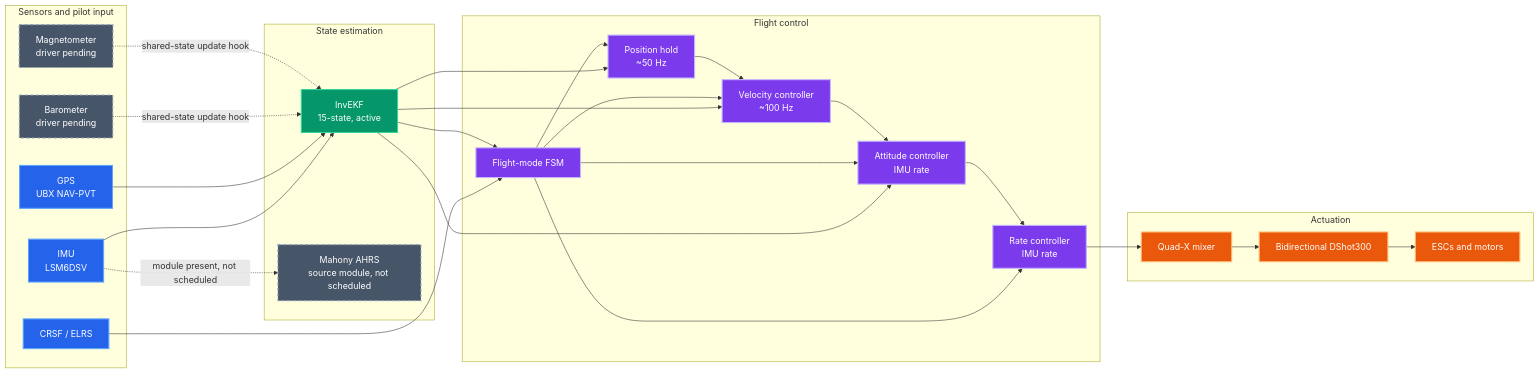
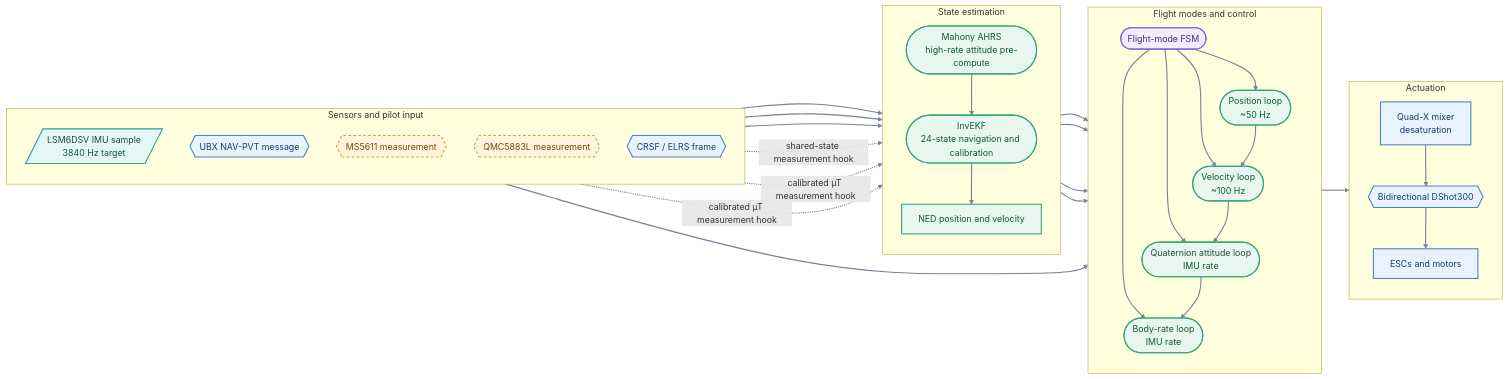
One commit to nafs09/dual-control-drone-flight-controller changed the first of 3 diagrams in README.md. Above: the diagram before and after it, drawn with Mermaid. The commit also changed other lines of this file and 20 other files, not shown here.

Commit message:
Update documentation and improve the InvEKF and other components.

````diff
--- a/README.md
+++ b/README.md
@@ -15,61 +13,73 @@
 ```mermaid
 flowchart LR
   subgraph S["Sensors and pilot input"]
-    IMU["IMU<br/>LSM6DSV"]
-    GPS["GPS<br/>UBX NAV-PVT"]
-    BARO["Barometer<br/>driver pending"]
-    MAG["Magnetometer<br/>driver pending"]
-    RC["CRSF / ELRS"]
+    direction TB
+    IMU[/LSM6DSV IMU sample<br/>3840 Hz target/]
+    GPS{{UBX NAV-PVT message}}
+    BARO{{MS5611 measurement}}
+    MAG{{QMC5883L measurement}}
+    RC{{CRSF / ELRS frame}}
   end
 
   subgraph E["State estimation"]
-    INV["InvEKF<br/>15-state, active"]
-    MAHONY["Mahony AHRS<br/>source module, not scheduled"]
+    direction TB
+    MAH(["Mahony AHRS<br/>high-rate attitude pre-compute"])
+    INV(["InvEKF<br/>24-state navigation and calibration"])
+    NAV["NED position and velocity"]
   end
 
-  subgraph C["Flight control"]
-    FSM["Flight-mode FSM"]
-    POS["Position hold<br/>~50 Hz"]
-    VEL["Velocity controller<br/>~100 Hz"]
-    ATT["Attitude controller<br/>IMU rate"]
-    RATE["Rate controller<br/>IMU rate"]
+  subgraph C["Flight modes and control"]
+    direction TB
+    FSM(["Flight-mode FSM"])
+    POS(["Position loop<br/>~50 Hz"])
+    VEL(["Velocity loop<br/>~100 Hz"])
+    ATT(["Quaternion attitude loop<br/>IMU rate"])
+    RATE(["Body-rate loop<br/>IMU rate"])
   end
 
-  subgraph A["Actuation"]
-    MIX["Quad-X mixer"]
-    DSHOT["Bidirectional DShot300"]
-    MOTORS["ESCs and motors"]
+  subgraph O["Actuation"]
+    direction TB
+    MIX["Quad-X mixer<br/>desaturation"]
+    DSHOT{{Bidirectional DShot300}}
+    MOTOR["ESCs and motors"]
   end
 
+  IMU --> MAH
   IMU --> INV
-  IMU -. "module present, not scheduled" .-> MAHONY
+  MAH --> INV
   GPS --> INV
-  BARO -. "shared-state update hook" .-> INV
-  MAG -. "shared-state update hook" .-> INV
+  BARO -. "shared-state measurement hook" .-> INV
+  MAG -. "calibrated µT measurement hook" .-> MAH
+  MAG -. "calibrated µT measurement hook" .-> INV
   RC --> FSM
-  INV --> FSM
-  INV --> POS
-  INV --> VEL
-  INV --> ATT
+  INV --> NAV
+  NAV --> POS
+  NAV --> VEL
+  MAH --> ATT
+  MAH --> RATE
   FSM --> POS
   FSM --> VEL
   FSM --> ATT
   FSM --> RATE
   POS --> VEL
   VEL --> ATT
   ATT --> RATE
   RATE --> MIX
   MIX --> DSHOT
-  DSHOT --> MOTORS
+  DSHOT --> MOTOR
 
-  classDef sensors fill:#2563eb,color:#fff,stroke:#60a5fa,stroke-width:2px
-  classDef estimate fill:#059669,color:#fff,stroke:#34d399,stroke-width:2px
-  classDef inactive fill:#475569,color:#fff,stroke:#94a3b8,stroke-width:2px,stroke-dasharray:5 5
-  classDef control fill:#7c3aed,color:#fff,stroke:#c4b5fd,stroke-width:2px
-  classDef output fill:#ea580c,color:#fff,stroke:#fdba74,stroke-width:2px
-  class IMU,GPS,RC sensors
-  class BARO,MAG,MAHONY inactive
-  class INV estimate
-  class FSM,POS,VEL,ATT,RATE control
-  class MIX,DSHOT,MOTORS output
+  classDef hardware fill:#E9F2FF,color:#153D70,stroke:#4D82D1,stroke-width:2px
+  classDef system fill:#E7F7EF,color:#15553A,stroke:#35A578,stroke-width:2px
+  classDef sensing fill:#E4F7F5,color:#14524C,stroke:#3A9C91,stroke-width:2px
+  classDef config fill:#F3EDFF,color:#472D7A,stroke:#8764D8,stroke-width:2px
+  classDef safety fill:#FFF1E5,color:#794016,stroke:#E68A43,stroke-width:2px
+  classDef checks fill:#FFF5DC,color:#704A10,stroke:#D5A23C,stroke-width:2px,stroke-dasharray:5 4
+  class IMU sensing
+  class GPS,RC,DSHOT hardware
+  class MAH,INV,NAV,POS,VEL,ATT,RATE system
+  class FSM config
+  class MIX,MOTOR hardware
+  class BARO,MAG checks
+
+  linkStyle default stroke:#778295,stroke-width:2px
 ```
````
